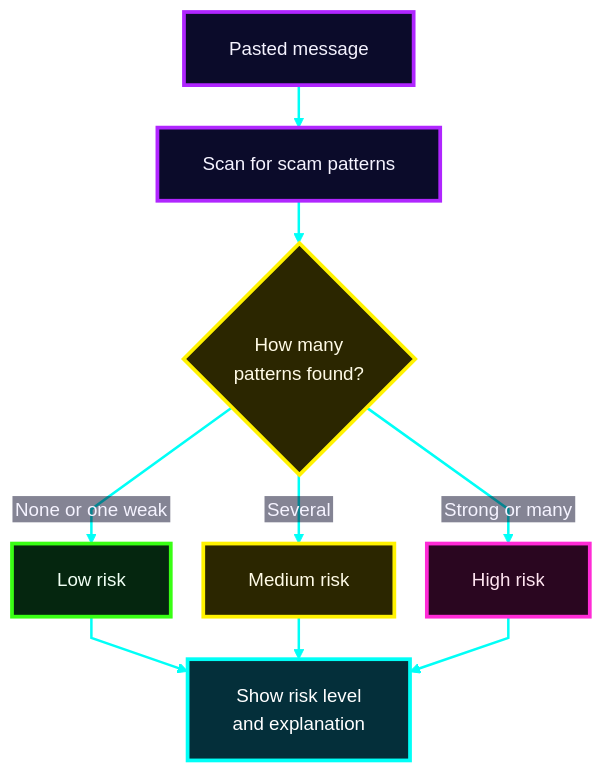
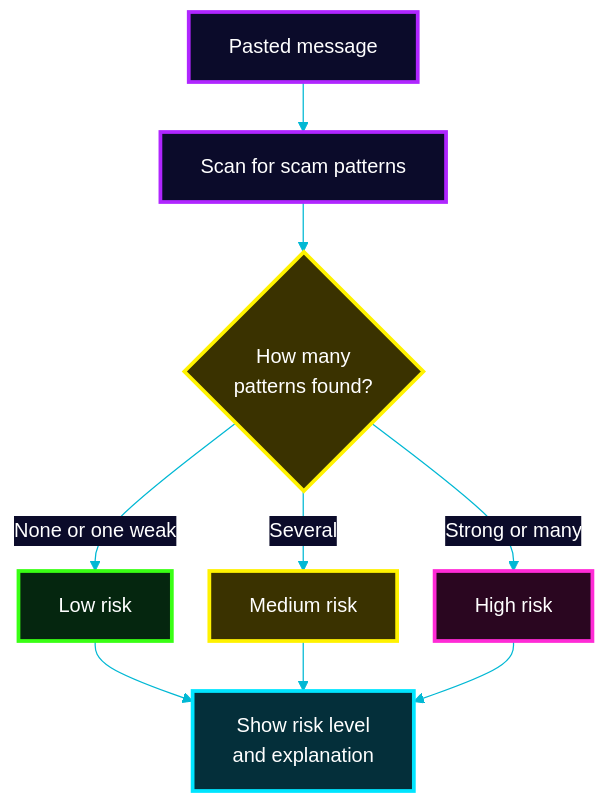
Before and after one commit to Mansi232323/MANSHORA: diagram 14 of 17 in README.md, drawn with Mermaid. The commit also changed other lines of this file, not shown here.

````diff
--- a/README.md
+++ b/README.md
@@ -568,25 +558,24 @@
 ```mermaid
-%%{init: {'theme':'base','themeVariables':{'fontSize':'15px','fontFamily':'Arial, Helvetica, sans-serif','primaryColor':'#0b0b2a','primaryTextColor':'#f5f3ff','primaryBorderColor':'#b026ff','lineColor':'#00fff7','textColor':'#f5f3ff','edgeLabelBackground':'#0b0b2a'},'flowchart':{'htmlLabels':false,'nodeSpacing':26,'rankSpacing':34,'padding':18,'curve':'linear'}}}%%
+%%{init: {'theme':'base','themeVariables':{'fontSize':'16px','fontFamily':'Arial, Helvetica, sans-serif','primaryColor':'#0b0b2a','primaryTextColor':'#ffffff','primaryBorderColor':'#b026ff','lineColor':'#00b8d4','textColor':'#ffffff','edgeLabelBackground':'#0b0b2a'},'flowchart':{'htmlLabels':true,'nodeSpacing':30,'rankSpacing':40,'padding':16,'curve':'basis','wrappingWidth':240,'useMaxWidth':true}}}%%
 flowchart TD
     M["Pasted message"] --> P["Scan for scam patterns"]
     P --> Q{"How many<br/>patterns found?"}
     Q -- "None or one weak" --> L["Low risk"]
     Q -- "Several" --> Md["Medium risk"]
     Q -- "Strong or many" --> H["High risk"]
     L --> X["Show risk level<br/>and explanation"]
     Md --> X
     H --> X
-    classDef n fill:#0b0b2a,stroke:#b026ff,stroke-width:3px,color:#f5f3ff
-    classDef d fill:#2b2600,stroke:#fff200,stroke-width:3px,color:#fffbe6
-    classDef low fill:#05260f,stroke:#39ff14,stroke-width:3px,color:#f0fff4
-    classDef mid fill:#2b2600,stroke:#fff200,stroke-width:3px,color:#fffbe6
-    classDef high fill:#2a0620,stroke:#ff2bd6,stroke-width:3px,color:#ffe4f0
-    classDef out fill:#042f3a,stroke:#00fff7,stroke-width:3px,color:#ffffff
+    classDef n fill:#0b0b2a,stroke:#b026ff,stroke-width:3px,color:#ffffff
+    classDef d fill:#3a3200,stroke:#fff200,stroke-width:3px,color:#ffffff
+    classDef low fill:#05260f,stroke:#39ff14,stroke-width:3px,color:#ffffff
+    classDef mid fill:#3a3200,stroke:#fff200,stroke-width:3px,color:#ffffff
+    classDef high fill:#2a0620,stroke:#ff2bd6,stroke-width:3px,color:#ffffff
+    classDef out fill:#042f3a,stroke:#00e5ff,stroke-width:3px,color:#ffffff
     class M,P n
     class Q d
     class L low
     class Md mid
     class H high
     class X out
-    linkStyle default fill:none,stroke:#00fff7,stroke-width:2px
 ```
````
